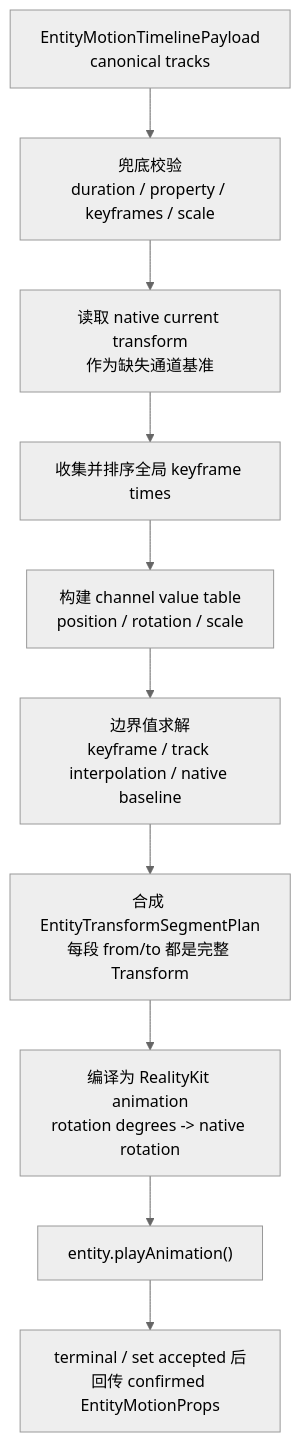
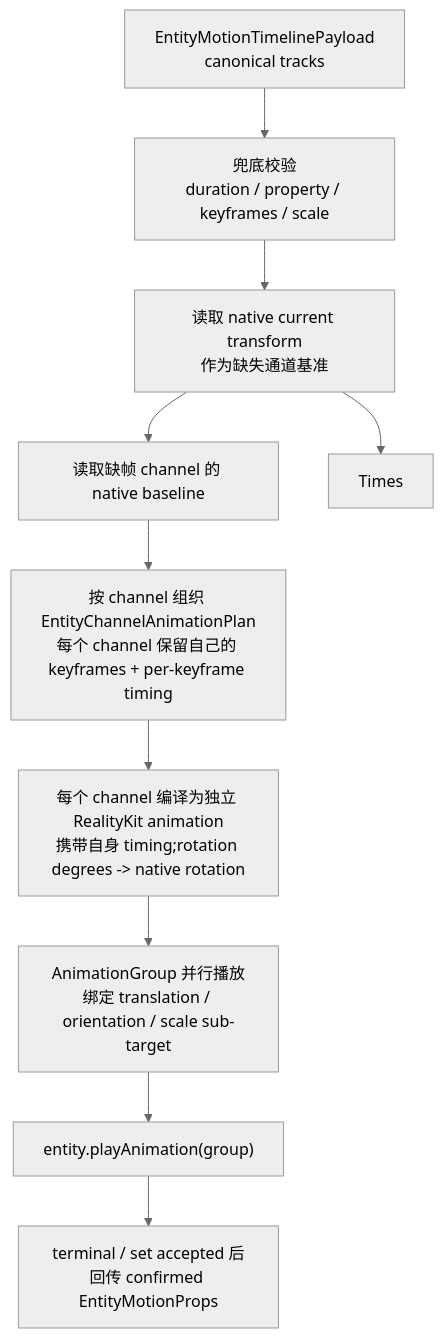
The fifth of 6 diagrams in openspec/changes/redesign-entity-motion-api/design.zh.md (webspatial/webspatial-sdk), drawn with Mermaid (neutral theme) before and after one commit. The commit also changed other lines of this file, not shown here.

Commit message:
update compile multiple channel

````diff
--- a/openspec/changes/redesign-entity-motion-api/design.zh.md
+++ b/openspec/changes/redesign-entity-motion-api/design.zh.md
@@ -387,23 +391,22 @@
 ```mermaid
 flowchart TB
     Payload["EntityMotionTimelinePayload<br/>canonical tracks"]
     Validate["兜底校验<br/>duration / property / keyframes / scale"]
     Snapshot["读取 native current transform<br/>作为缺失通道基准"]
-    Times["收集并排序全局 keyframe times"]
-    Table["构建 channel value table<br/>position / rotation / scale"]
-    Fill["边界值求解<br/>keyframe / track interpolation / native baseline"]
-    Segments["合成 EntityTransformSegmentPlan<br/>每段 from/to 都是完整 Transform"]
-    RKCompile["编译为 RealityKit animation<br/>rotation degrees -> native rotation"]
-    Play["entity.playAnimation()"]
+    Baseline["读取缺帧 channel 的 native baseline"]
+    Channels["按 channel 组织 EntityChannelAnimationPlan<br/>每个 channel 保留自己的 keyframes + per-keyframe timing"]
+    RKCompile["每个 channel 编译为独立 RealityKit animation<br/>携带自身 timing;rotation degrees -> native rotation"]
+    Group["AnimationGroup 并行播放<br/>绑定 translation / orientation / scale sub-target"]
+    Play["entity.playAnimation(group)"]
     Confirm["terminal / set accepted 后<br/>回传 confirmed EntityMotionProps"]
 
     Payload --> Validate
     Validate --> Snapshot
     Snapshot --> Times
-    Times --> Table
-    Table --> Fill
-    Fill --> Segments
-    Segments --> RKCompile
-    RKCompile --> Play
+    Snapshot --> Baseline
+    Baseline --> Channels
+    Channels --> RKCompile
+    RKCompile --> Group
+    Group --> Play
     Play --> Confirm
 ```
````
